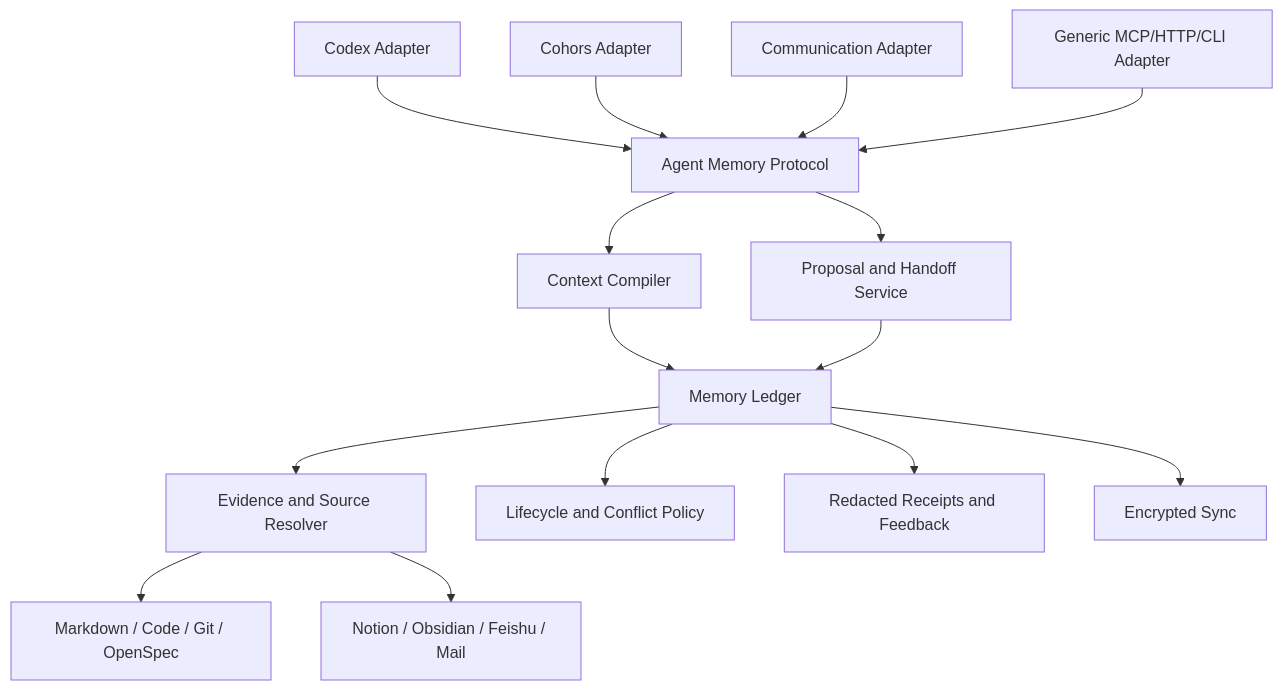
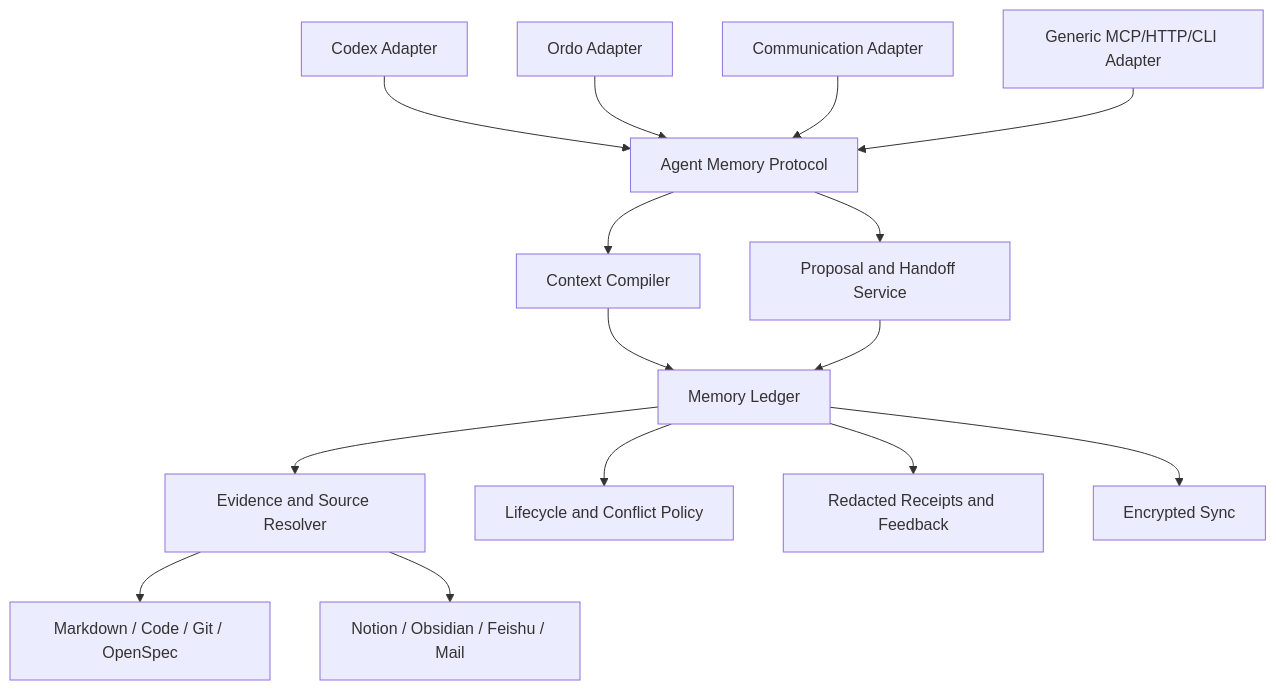
Before and after one commit to yeisme/pinax: the first of 2 diagrams in docs/product/general-agent-memory-prd.md, drawn with Mermaid. The commit also changed other lines of this file and 195 other files, not shown here.

````diff
--- a/docs/product/general-agent-memory-prd.md
+++ b/docs/product/general-agent-memory-prd.md
@@ -82,21 +84,21 @@
 ```mermaid
 flowchart TD
   A1[Codex Adapter]
-  A2[Cohors Adapter]
+  A2[Ordo Adapter]
   A3[Communication Adapter]
   A4[Generic MCP/HTTP/CLI Adapter]
   A1 --> P[Agent Memory Protocol]
   A2 --> P
   A3 --> P
   A4 --> P
   P --> C[Context Compiler]
   P --> W[Proposal and Handoff Service]
   C --> L[Memory Ledger]
   W --> L
   L --> E[Evidence and Source Resolver]
   E --> S1[Markdown / Code / Git / OpenSpec]
   E --> S2[Notion / Obsidian / Feishu / Mail]
   L --> Y[Lifecycle and Conflict Policy]
   L --> R[Redacted Receipts and Feedback]
   L --> X[Encrypted Sync]
 ```
````
